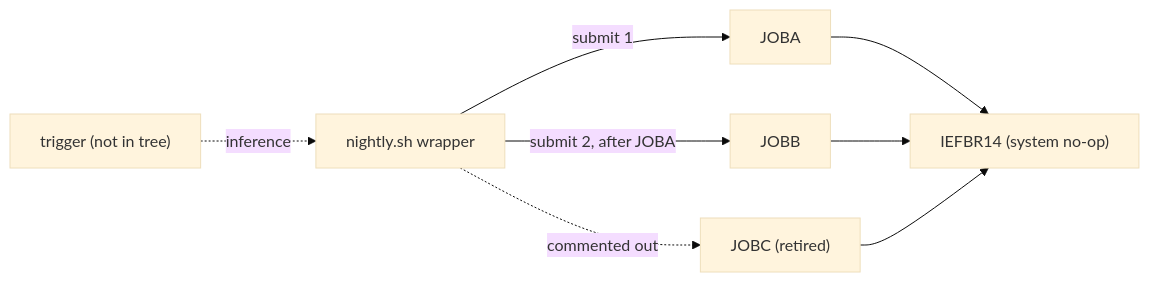
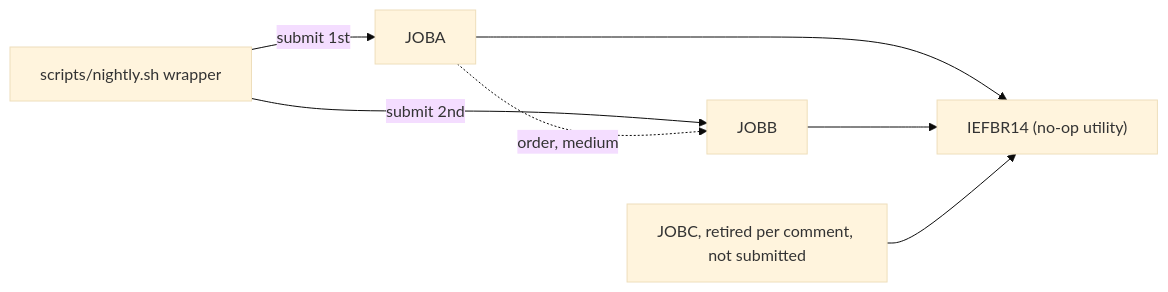
One commit to Sparq-Holding-Inc/claude-legacy-modernization changed the diagram in evals/runs/10-temporal-shell/modernization-assessment/02-coupling.md. Above: the diagram before and after it, drawn with Mermaid (base theme). The commit also changed other lines of this file and 252 other files, not shown here.

````diff
--- a/evals/runs/10-temporal-shell/modernization-assessment/02-coupling.md
+++ b/evals/runs/10-temporal-shell/modernization-assessment/02-coupling.md
@@ -24,10 +48,10 @@
 ```mermaid
 graph LR
-  T["trigger (not in tree)"] -. inference .-> W["nightly.sh wrapper"]
-  W -->|submit 1| A["JOBA"]
-  W -->|submit 2, after JOBA| B["JOBB"]
-  W -. commented out .-> C["JOBC (retired)"]
-  A --> X["IEFBR14 (system no-op)"]
+  W["scripts/nightly.sh wrapper"] -->|"submit 1st"| A["JOBA"]
+  W -->|"submit 2nd"| B["JOBB"]
+  A -. "order, medium" .-> B
+  C["JOBC, retired per comment, not submitted"]
+  A --> X["IEFBR14 (no-op utility)"]
   B --> X
   C --> X
 ```
````
